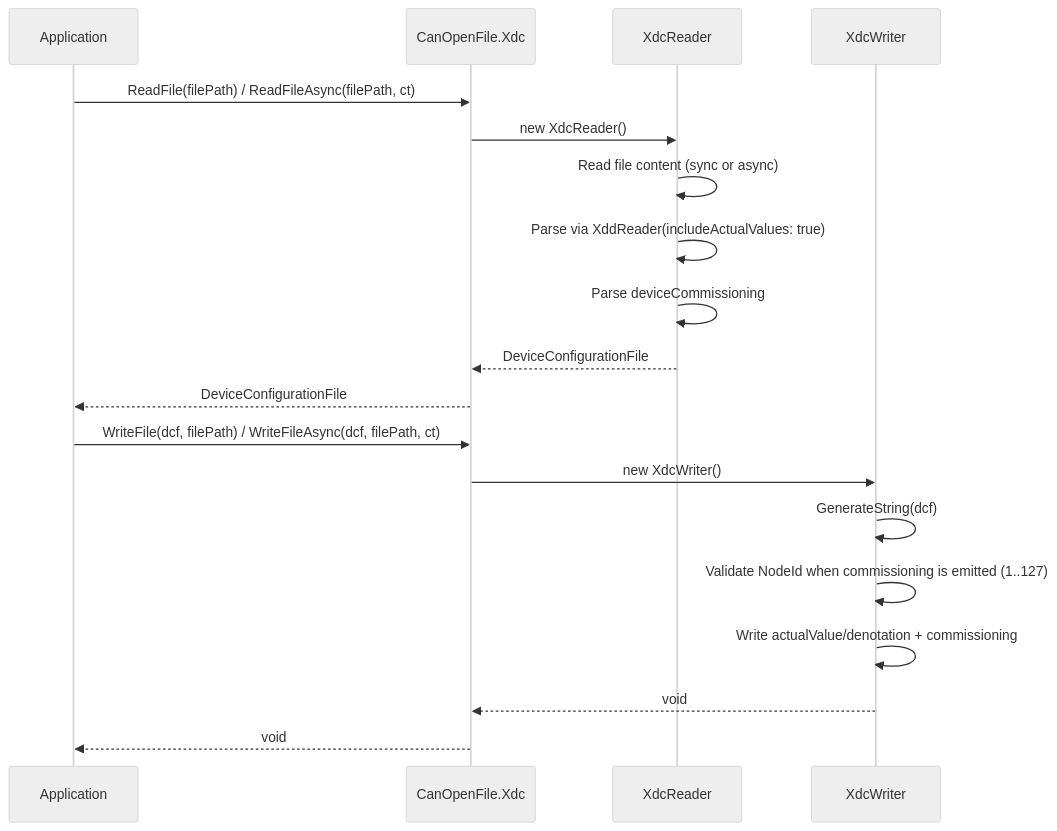
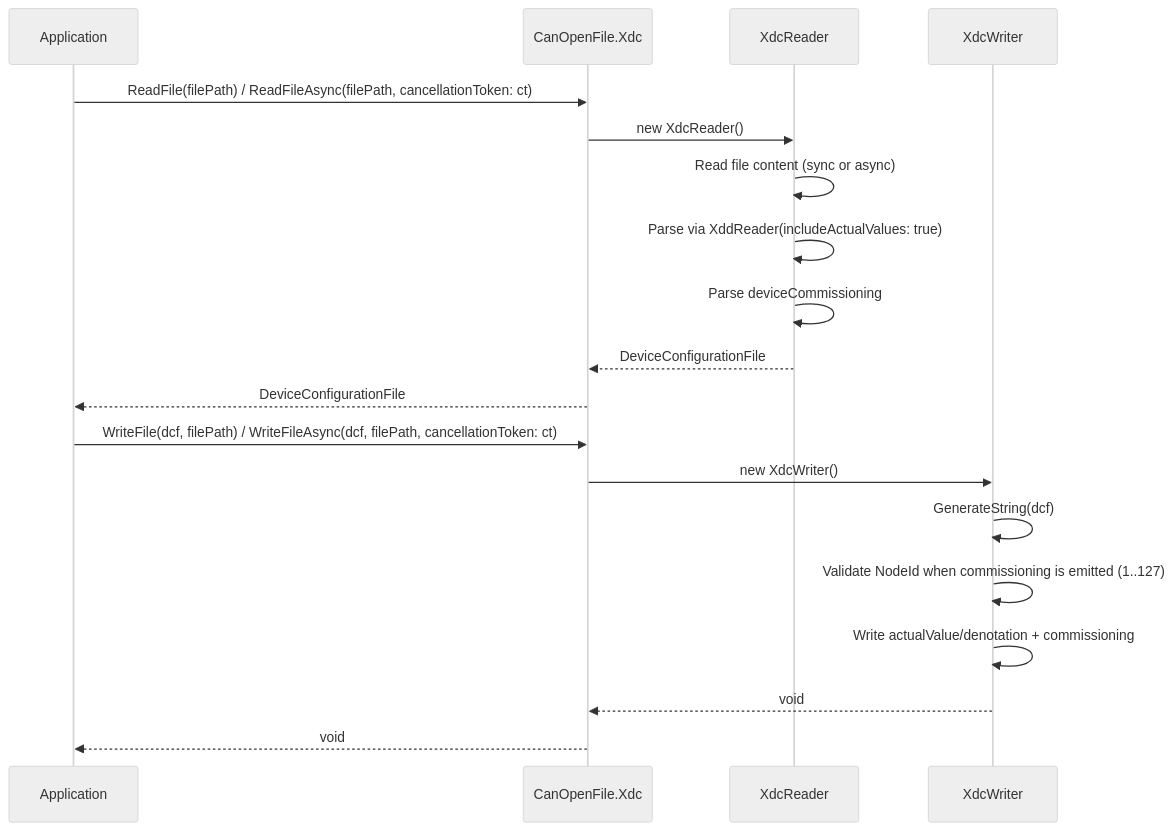
One commit to dborgards/eds-dcf-net changed the eighth of 9 diagrams in docs/architecture/06-runtime-view.md. Above: the diagram before and after it, drawn with Mermaid (neutral theme). The commit also changed other lines of this file and 1 other file, not shown here.

First line of the commit message:
docs: fix async call shapes and narrow thread-safety test claim (#547)

````diff
--- a/docs/architecture/06-runtime-view.md
+++ b/docs/architecture/06-runtime-view.md
@@ -188,23 +188,23 @@
 ```mermaid
 sequenceDiagram
     participant App as Application
     participant CF as CanOpenFile.Xdc
     participant XR as XdcReader
     participant XW as XdcWriter
 
-    App->>CF: ReadFile(filePath) / ReadFileAsync(filePath, ct)
+    App->>CF: ReadFile(filePath) / ReadFileAsync(filePath, cancellationToken: ct)
     CF->>XR: new XdcReader()
     XR->>XR: Read file content (sync or async)
     XR->>XR: Parse via XddReader(includeActualValues: true)
     XR->>XR: Parse deviceCommissioning
     XR-->>CF: DeviceConfigurationFile
     CF-->>App: DeviceConfigurationFile
 
-    App->>CF: WriteFile(dcf, filePath) / WriteFileAsync(dcf, filePath, ct)
+    App->>CF: WriteFile(dcf, filePath) / WriteFileAsync(dcf, filePath, cancellationToken: ct)
     CF->>XW: new XdcWriter()
     XW->>XW: GenerateString(dcf)
     XW->>XW: Validate NodeId when commissioning is emitted (1..127)
     XW->>XW: Write actualValue/denotation + commissioning
     XW-->>CF: void
     CF-->>App: void
 ```
````
